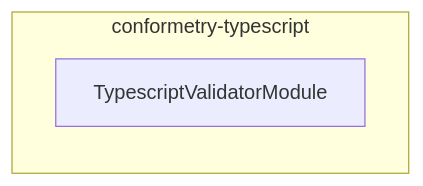
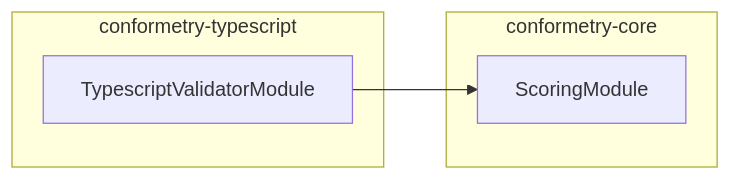
One commit to JimmyPaolini/codebase changed the diagram in packages/conformetry-typescript/AGENTS.md. Above: the diagram before and after it, drawn with Mermaid. The commit also changed other lines of this file and 141 other files, not shown here.

````diff
--- a/packages/conformetry-typescript/AGENTS.md
+++ b/packages/conformetry-typescript/AGENTS.md
@@ -57,6 +57,10 @@
 ```mermaid
 flowchart LR
   subgraph group0["conformetry-typescript"]
     TypescriptValidatorModule
   end
+  subgraph group1["conformetry-core"]
+    ScoringModule
+  end
+  TypescriptValidatorModule --> ScoringModule
 ```
````
